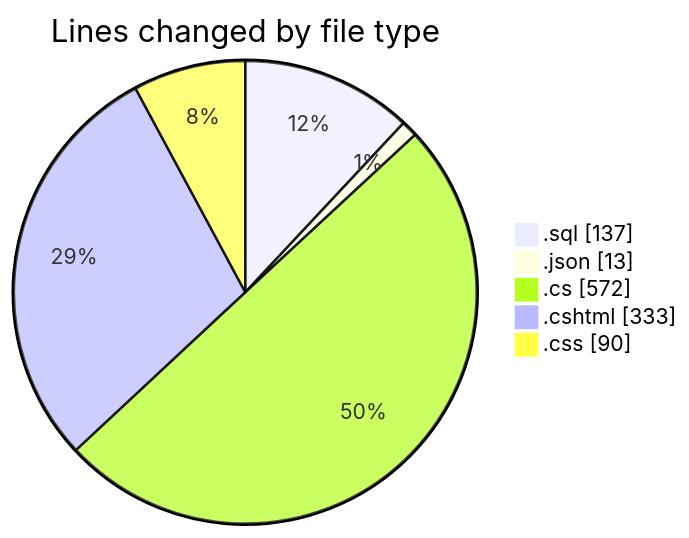
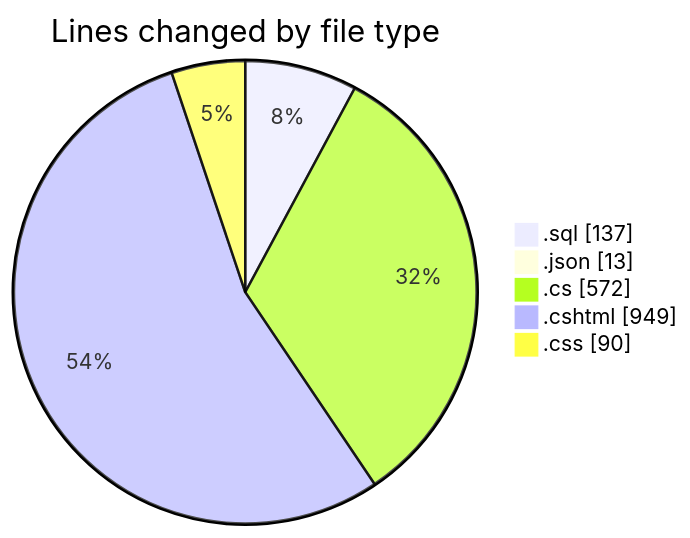
Before and after one commit to lephambinh05/code-tracking: the first of 2 diagrams in 2025-07-14/nhahang/README.md, drawn with Mermaid. The commit also changed other lines of this file and 1 other file, not shown here.

````diff
--- a/2025-07-14/nhahang/README.md
+++ b/2025-07-14/nhahang/README.md
@@ -37,9 +47,9 @@
 ```mermaid
 pie showData
 title Lines changed by file type
 ".sql" : 137
 ".json" : 13
 ".cs" : 572
-".cshtml" : 333
+".cshtml" : 949
 ".css" : 90
 ```
````
